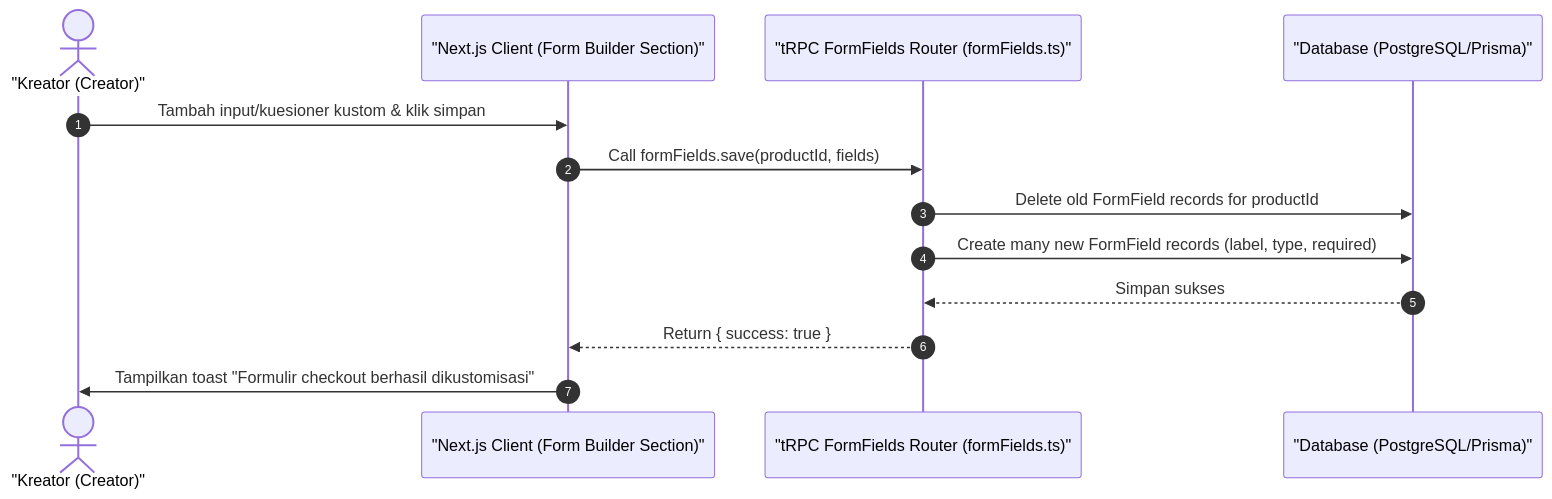
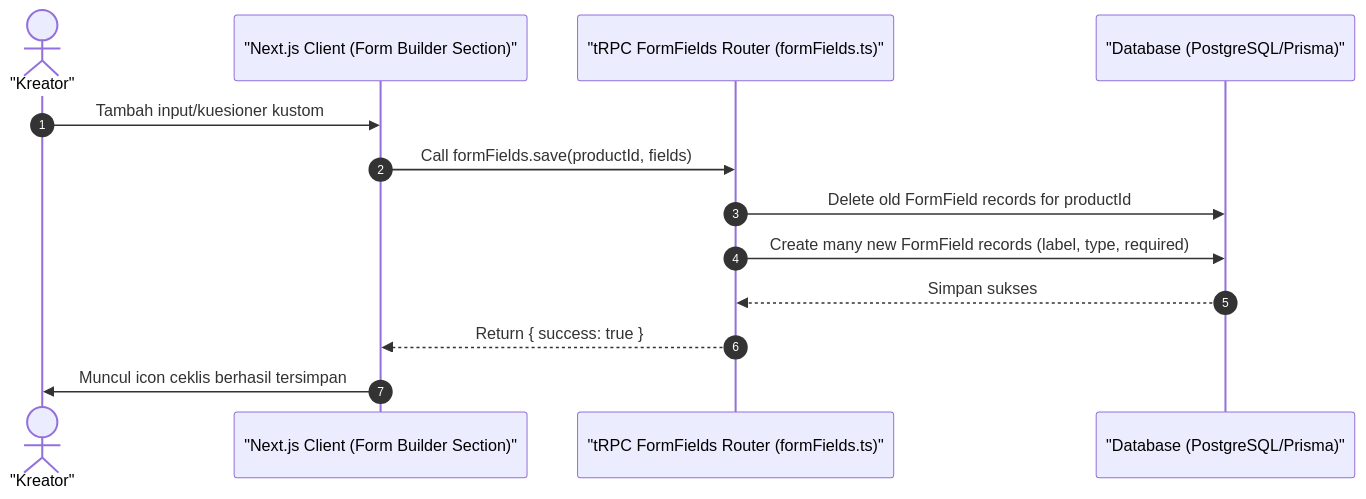
One commit to luputer/CuanIN changed the diagram in docs/21-creator-form-customize.md. Above: the diagram before and after it, drawn with Mermaid. The commit also changed 53 other files, not shown here.

````diff
--- a/docs/21-creator-form-customize.md
+++ b/docs/21-creator-form-customize.md
@@ -5,17 +5,17 @@
 ```mermaid
 sequenceDiagram
     autonumber
-    actor Creator as "Kreator (Creator)"
+    actor Creator as "Kreator"
     participant Client as "Next.js Client (Form Builder Section)"
     participant Server as "tRPC FormFields Router (formFields.ts)"
     participant DB as "Database (PostgreSQL/Prisma)"
 
-    Creator->>Client: Tambah input/kuesioner kustom & klik simpan
+    Creator->>Client: Tambah input/kuesioner kustom
     Client->>Server: Call formFields.save(productId, fields)
     Server->>DB: Delete old FormField records for productId
     Server->>DB: Create many new FormField records (label, type, required)
     DB-->>Server: Simpan sukses
     Server-->>Client: Return { success: true }
-    Client->>Creator: Tampilkan toast "Formulir checkout berhasil dikustomisasi"
+    Client->>Creator: Muncul icon ceklis berhasil tersimpan
 
 ```
````
